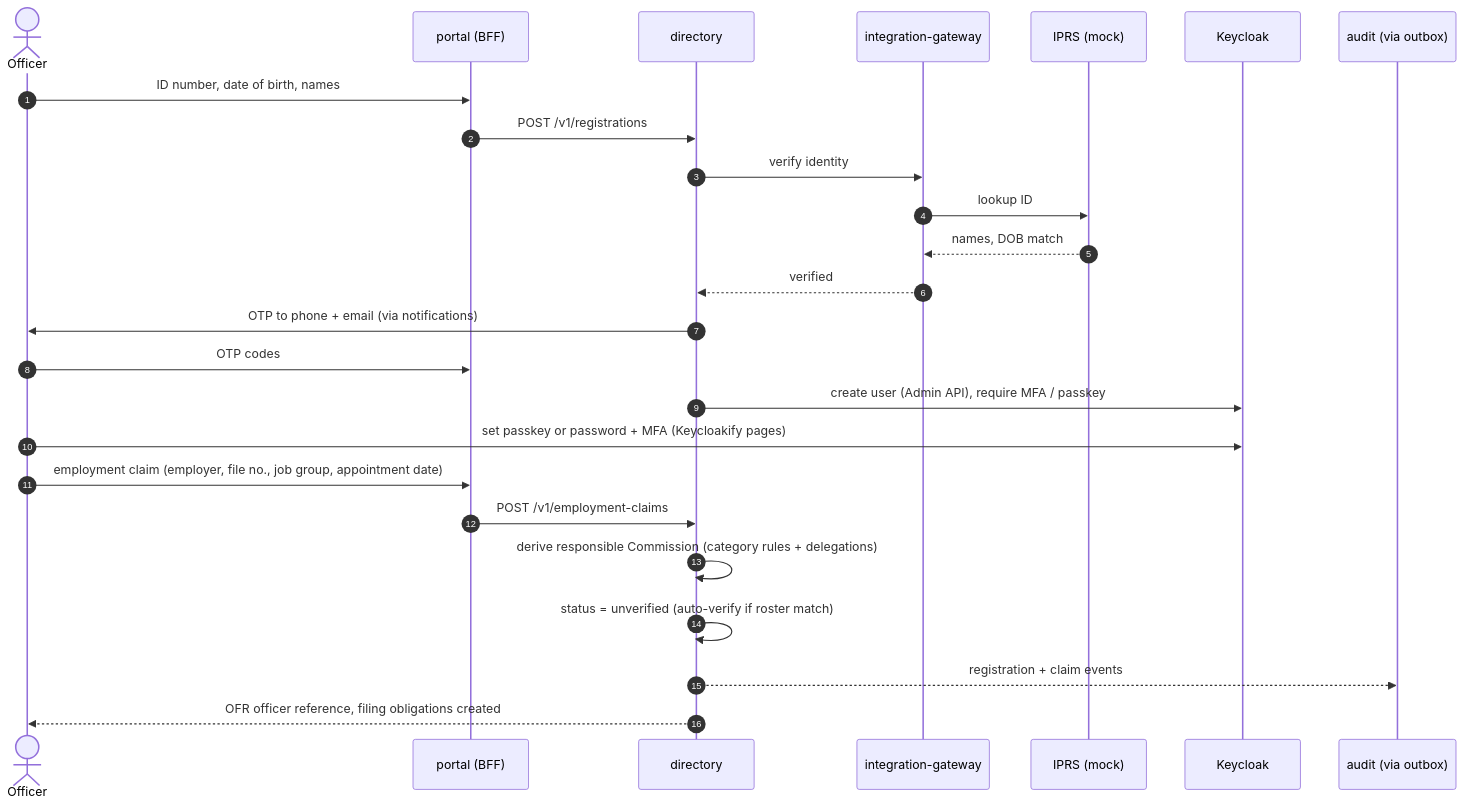
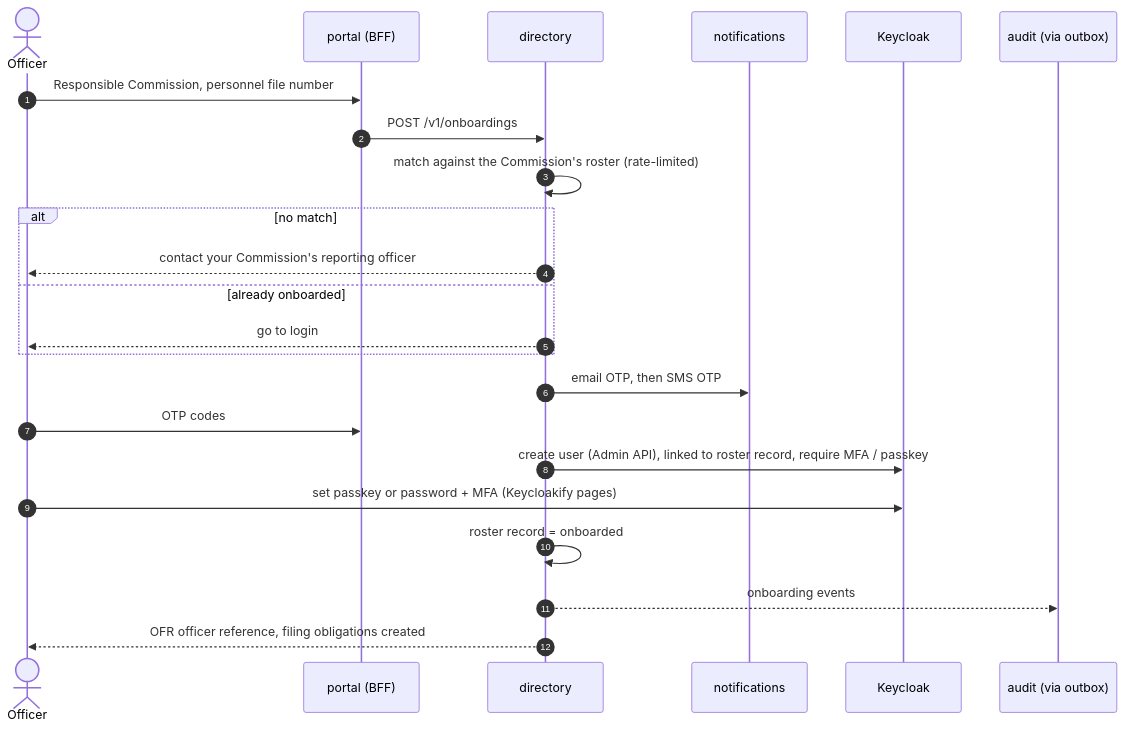
One commit to muliswilliam/adili-v3 changed the third of 14 diagrams in docs/architecture/README.md. Above: the diagram before and after it, drawn with Mermaid. The commit also changed other lines of this file and 6 other files, not shown here.

First line of the commit message:
docs: adopt roster-gated declarant onboarding

````diff
--- a/docs/architecture/README.md
+++ b/docs/architecture/README.md
@@ -221,28 +221,26 @@
 ```mermaid
 sequenceDiagram
     autonumber
     actor O as Officer
     participant P as portal (BFF)
     participant DIR as directory
-    participant INT as integration-gateway
-    participant IPRS as IPRS (mock)
+    participant NOT as notifications
     participant KC as Keycloak
     participant AUD as audit (via outbox)
 
-    O->>P: ID number, date of birth, names
-    P->>DIR: POST /v1/registrations
-    DIR->>INT: verify identity
-    INT->>IPRS: lookup ID
-    IPRS-->>INT: names, DOB match
-    INT-->>DIR: verified
-    DIR->>O: OTP to phone + email (via notifications)
+    O->>P: Responsible Commission, personnel file number
+    P->>DIR: POST /v1/onboardings
+    DIR->>DIR: match against the Commission's roster (rate-limited)
+    alt no match
+        DIR-->>O: contact your Commission's reporting officer
+    else already onboarded
+        DIR-->>O: go to login
+    end
+    DIR->>NOT: email OTP, then SMS OTP
     O->>P: OTP codes
-    DIR->>KC: create user (Admin API), require MFA / passkey
+    DIR->>KC: create user (Admin API), linked to roster record, require MFA / passkey
     O->>KC: set passkey or password + MFA (Keycloakify pages)
-    O->>P: employment claim (employer, file no., job group, appointment date)
-    P->>DIR: POST /v1/employment-claims
-    DIR->>DIR: derive responsible Commission (category rules + delegations)
-    DIR->>DIR: status = unverified (auto-verify if roster match)
-    DIR-->>AUD: registration + claim events
+    DIR->>DIR: roster record = onboarded
+    DIR-->>AUD: onboarding events
     DIR-->>O: OFR officer reference, filing obligations created
 ```
````
